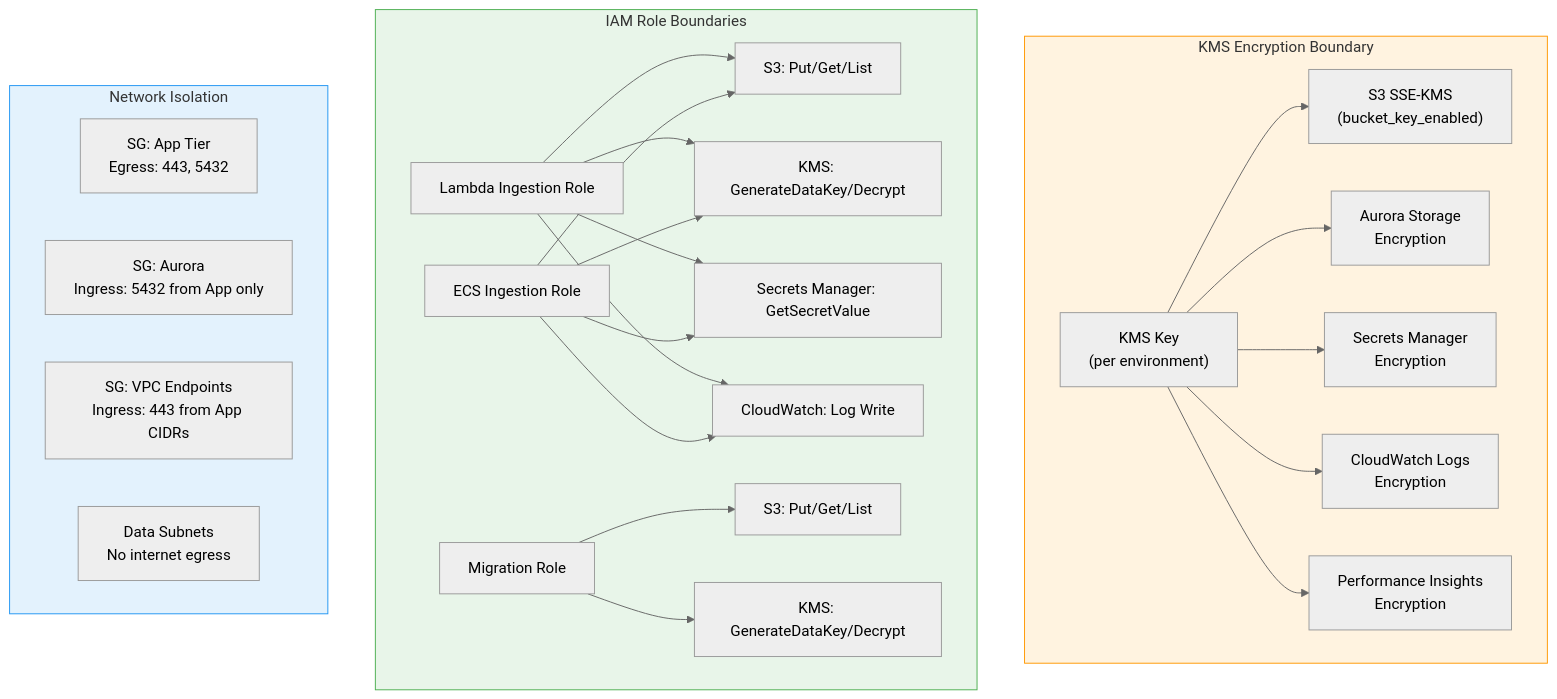
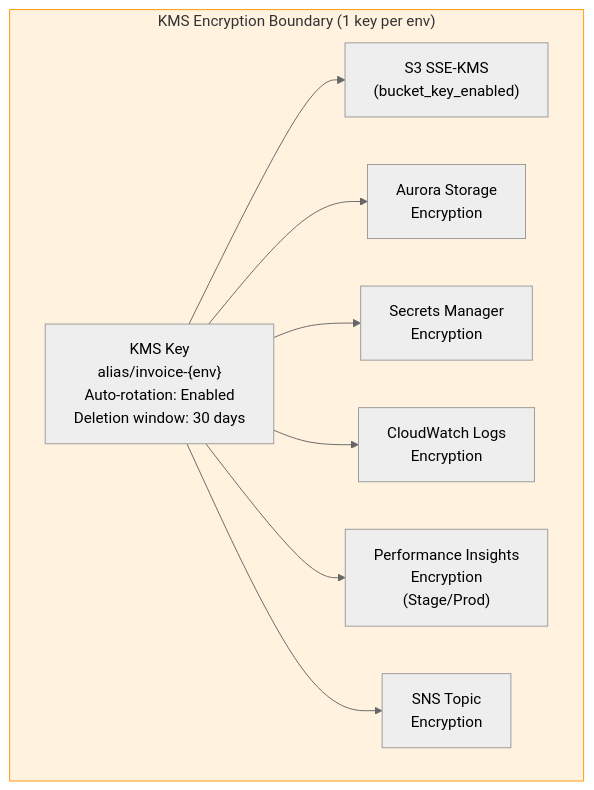
Before and after one commit to kumarmedasani/invoice-document-storage: the eighth of 10 diagrams in docs/ARCHITECTURE.md, drawn with Mermaid (neutral theme). The commit also changed other lines of this file and 8 other files, not shown here.

````diff
--- a/docs/ARCHITECTURE.md
+++ b/docs/ARCHITECTURE.md
@@ -141,41 +389,14 @@
 ```mermaid
 graph TD
-    subgraph KMSBoundary["KMS Encryption Boundary"]
-        KMSKey["KMS Key<br/>(per environment)"]
+    subgraph KMSBoundary["KMS Encryption Boundary (1 key per env)"]
+        KMSKey["KMS Key<br/>alias/invoice-{env}<br/>Auto-rotation: Enabled<br/>Deletion window: 30 days"]
         KMSKey --> S3Enc["S3 SSE-KMS<br/>(bucket_key_enabled)"]
         KMSKey --> AuroraEnc["Aurora Storage<br/>Encryption"]
         KMSKey --> SecretsEnc["Secrets Manager<br/>Encryption"]
         KMSKey --> LogsEnc["CloudWatch Logs<br/>Encryption"]
-        KMSKey --> PIEnc["Performance Insights<br/>Encryption"]
-    end
-
-    subgraph IAMBoundary["IAM Role Boundaries"]
-        LambdaRole["Lambda Ingestion Role"]
-        ECSRole["ECS Ingestion Role"]
-        MigrationRole["Migration Role"]
-
-        LambdaRole --> S3Access["S3: Put/Get/List"]
-        LambdaRole --> KMSAccess["KMS: GenerateDataKey/Decrypt"]
-        LambdaRole --> SMAccess["Secrets Manager: GetSecretValue"]
-        LambdaRole --> CWAccess["CloudWatch: Log Write"]
-
-        ECSRole --> S3Access
-        ECSRole --> KMSAccess
-        ECSRole --> SMAccess
-        ECSRole --> CWAccess
-
-        MigrationRole --> S3MigAccess["S3: Put/Get/List"]
-        MigrationRole --> KMSMigAccess["KMS: GenerateDataKey/Decrypt"]
-    end
-
-    subgraph NetworkBoundary["Network Isolation"]
-        AppSG["SG: App Tier<br/>Egress: 443, 5432"]
-        AuroraSG["SG: Aurora<br/>Ingress: 5432 from App only"]
-        VPCESG["SG: VPC Endpoints<br/>Ingress: 443 from App CIDRs"]
-        DataSubnet["Data Subnets<br/>No internet egress"]
+        KMSKey --> PIEnc["Performance Insights<br/>Encryption<br/>(Stage/Prod)"]
+        KMSKey --> SNSEnc["SNS Topic<br/>Encryption"]
     end
 
     style KMSBoundary fill:#fff3e0,stroke:#ff9800
-    style IAMBoundary fill:#e8f5e9,stroke:#4caf50
-    style NetworkBoundary fill:#e3f2fd,stroke:#2196f3
 ```
````
